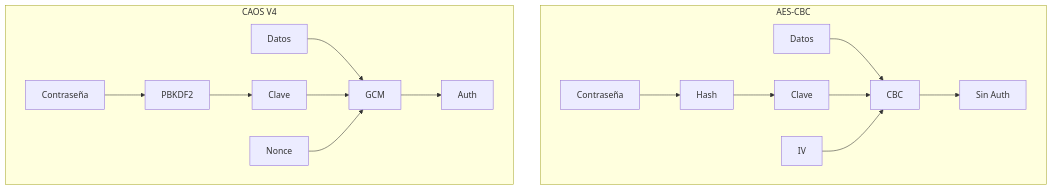
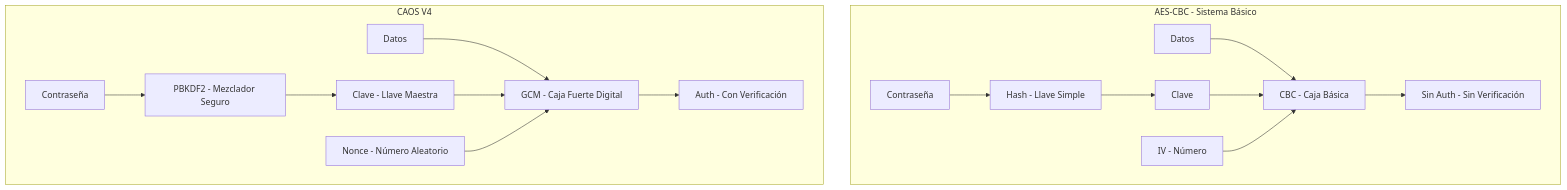
The fifth of 7 diagrams in docs/CAOS_V4_Diagrams.md (infantesromeroadrian/Encryption-CAOS-V4-Algorithms), drawn with Mermaid before and after one commit. The commit also changed other lines of this file and 123 other files, not shown here.

````diff
--- a/docs/CAOS_V4_Diagrams.md
+++ b/docs/CAOS_V4_Diagrams.md
@@ -87,20 +85,20 @@
 ```mermaid
 flowchart TD
-    subgraph "AES-CBC"
-        A1[Contraseña] --> B1[Hash]
+    subgraph "AES-CBC - Sistema Básico"
+        A1[Contraseña] --> B1[Hash - Llave Simple]
         B1 --> C1[Clave]
-        D1[Datos] --> E1[CBC]
+        D1[Datos] --> E1[CBC - Caja Básica]
         C1 --> E1
-        F1[IV] --> E1
-        E1 --> H1[Sin Auth]
+        F1[IV - Número] --> E1
+        E1 --> H1[Sin Auth - Sin Verificación]
     end
     
     subgraph "CAOS V4"
-        A2[Contraseña] --> B2[PBKDF2]
-        B2 --> C2[Clave]
-        D2[Datos] --> E2[GCM]
+        A2[Contraseña] --> B2[PBKDF2 - Mezclador Seguro]
+        B2 --> C2[Clave - Llave Maestra]
+        D2[Datos] --> E2[GCM - Caja Fuerte Digital]
         C2 --> E2
-        F2[Nonce] --> E2
-        E2 --> H2[Auth]
+        F2[Nonce - Número Aleatorio] --> E2
+        E2 --> G2[Auth - Con Verificación]
     end
 ```
````
